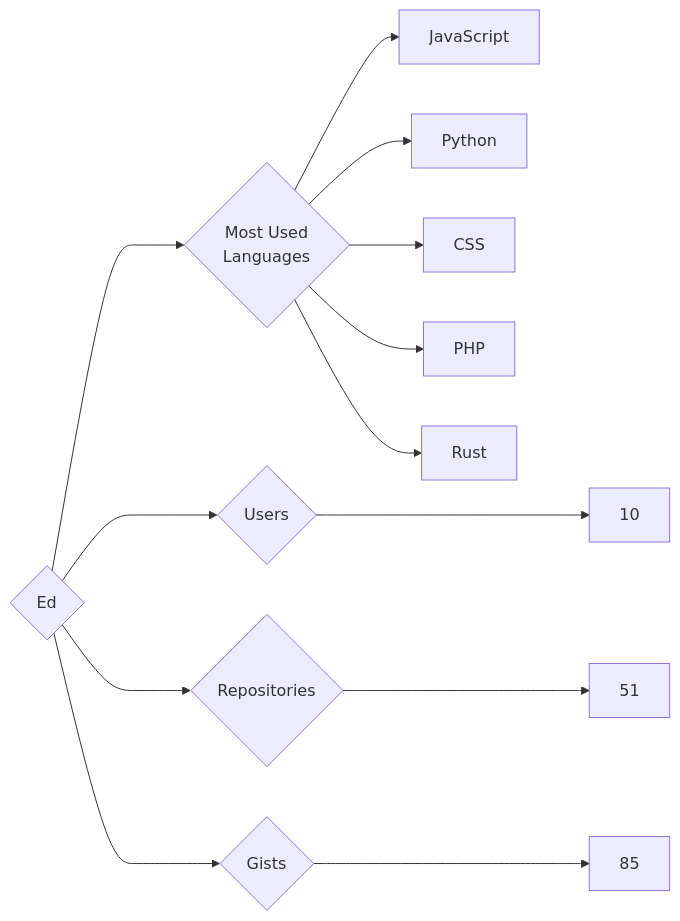
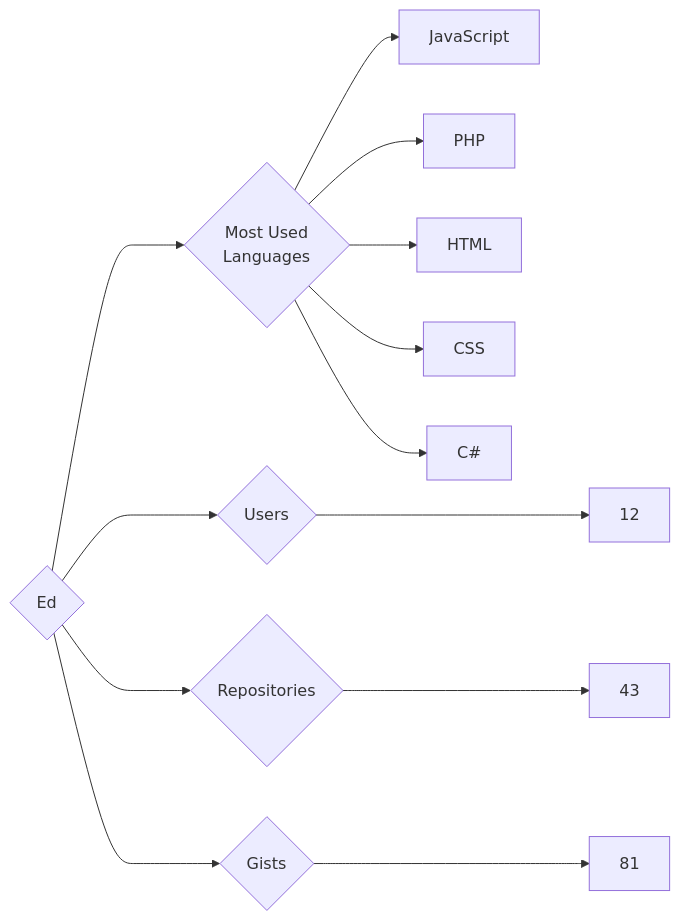
The diagram in targets/Ed/README.md (trickest/insiders), drawn with Mermaid before and after one commit. The commit also changed 636 other files, not shown here.

````diff
--- a/targets/Ed/README.md
+++ b/targets/Ed/README.md
@@ -3,13 +3,13 @@
 ```mermaid
 graph LR
 COMPANY_NAME{Ed}
-COMPANY_NAME ---> U{Users} ---> UN[10]
-COMPANY_NAME ---> R{Repositories} ---> RN[51]
-COMPANY_NAME ---> G{Gists} ---> GN[85]
+COMPANY_NAME ---> U{Users} ---> UN[12]
+COMPANY_NAME ---> R{Repositories} ---> RN[43]
+COMPANY_NAME ---> G{Gists} ---> GN[81]
 COMPANY_NAME ---> ML{Most Used<br>Languages}
 ML --> JavaScript[JavaScript]
-ML --> Python[Python]
+ML --> PHP[PHP]
+ML --> HTML[HTML]
 ML --> CSS[CSS]
-ML --> PHP[PHP]
-ML --> Rust[Rust]
+ML --> C#[C#]
 ```
````
